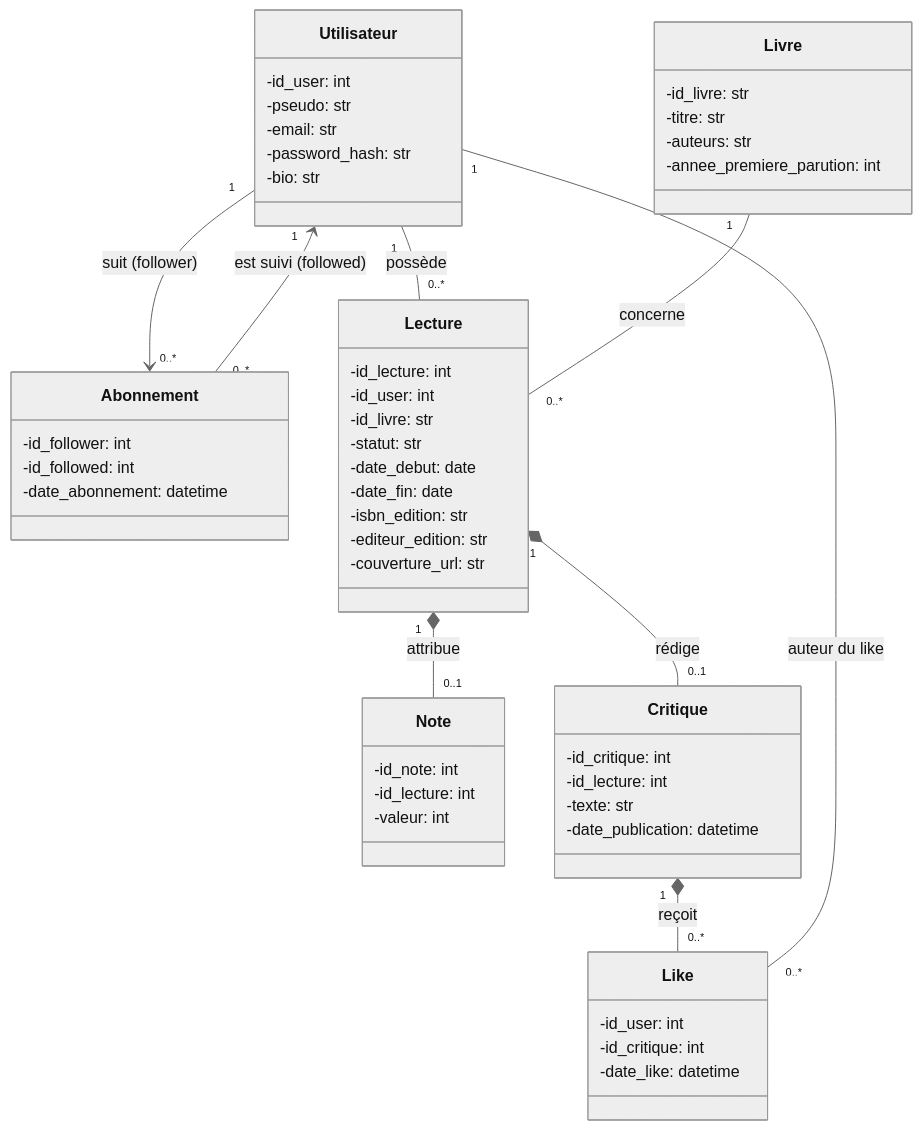
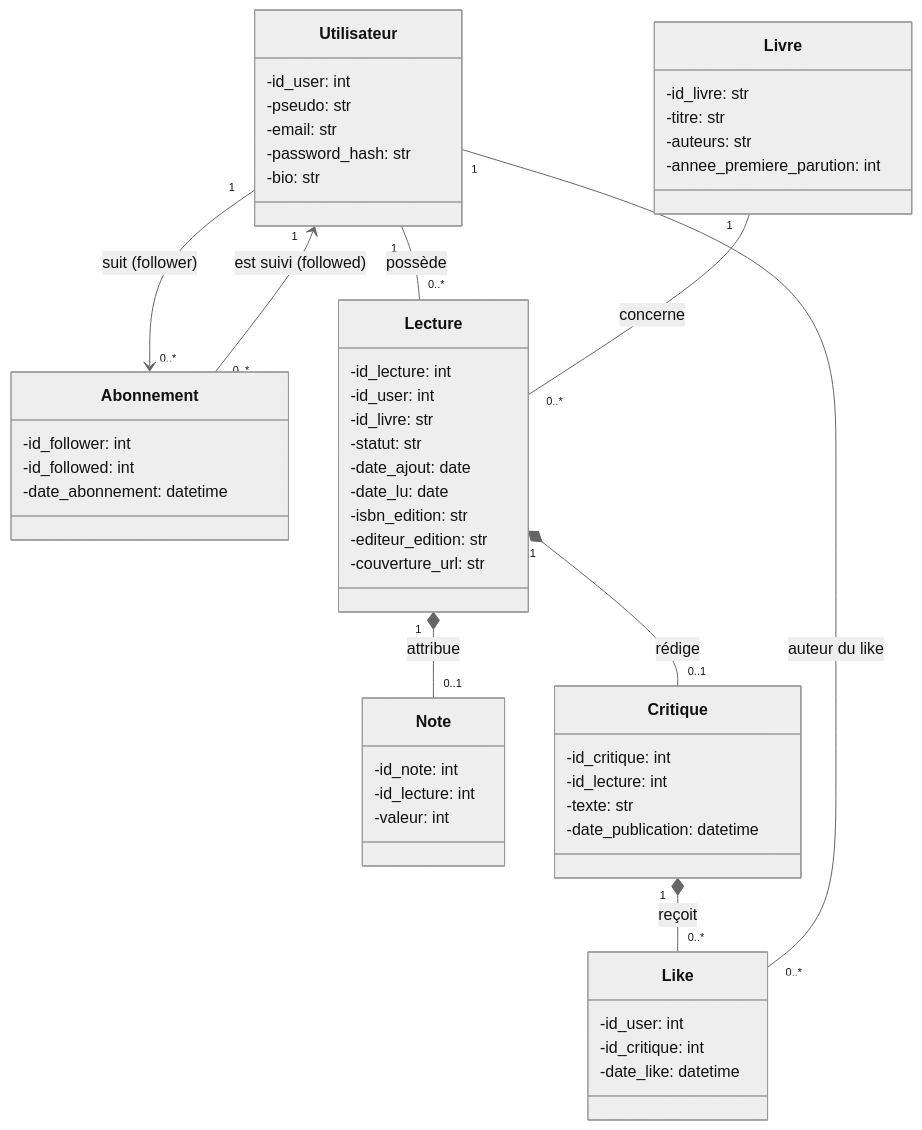
One commit to cecilelocatelli21/projet-info_2A changed the diagram in doc/report/Diagrammes/Classes_BusinessObject.md. Above: the diagram before and after it, drawn with Mermaid (neutral theme).

````diff
--- a/doc/report/Diagrammes/Classes_BusinessObject.md
+++ b/doc/report/Diagrammes/Classes_BusinessObject.md
@@ -1,76 +1,76 @@
 ```mermaid
 classDiagram
     class Utilisateur {
         -id_user: int
         -pseudo: str
         -email: str
         -password_hash: str
         -bio: str
          
 
     }
 
     class Livre {
         -id_livre: str
         -titre: str
         -auteurs: str
         -annee_premiere_parution: int
          
 
     }
 
     class Abonnement {
         -id_follower: int
         -id_followed: int
         -date_abonnement: datetime 
         
     }
 
     class Lecture {
         -id_lecture: int
         -id_user: int
         -id_livre: str
         -statut: str
-        -date_debut: date
-        -date_fin: date
+        -date_ajout: date
+        -date_lu: date
         -isbn_edition: str
         -editeur_edition: str
         -couverture_url: str
          
     }
 
 
     class Note {
         -id_note: int
         -id_lecture: int
         -valeur: int
          
 
     }
 
     class Critique {
         -id_critique: int
         -id_lecture: int
         -texte: str
         -date_publication: datetime
 
     }
 
     class Like {
         -id_user: int
         -id_critique: int
         -date_like: datetime
     }
 
 
 
     Utilisateur "1" --> "0..*" Abonnement : suit (follower)
     Utilisateur "1" <-- "0..*" Abonnement : est suivi (followed)
     Utilisateur "1" -- "0..*" Lecture : possède
     Livre "1" -- "0..*" Lecture : concerne
     Lecture "1" *-- "0..1" Note : attribue
     Lecture "1" *-- "0..1" Critique : rédige
     Critique "1" *-- "0..*" Like : reçoit
     Utilisateur "1" -- "0..*" Like : auteur du like
 
 ```
````
